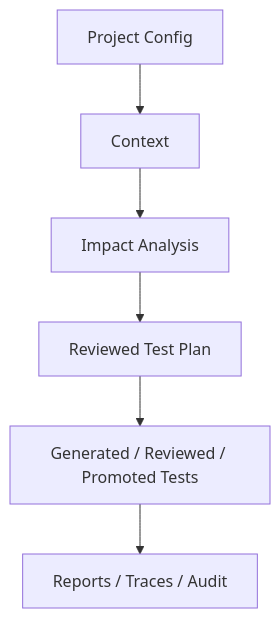
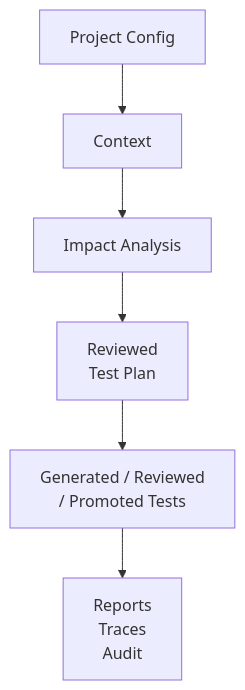
One commit to Qin-BL/quality-platform changed the sixth of 6 diagrams in docs/qa/architecture.md. Above: the diagram before and after it, drawn with Mermaid. The commit also changed other lines of this file and 2 other files, not shown here.

Commit message:
Improve diagram readability

```diff
--- a/docs/qa/architecture.md
+++ b/docs/qa/architecture.md
@@ -182,8 +182,8 @@
 ::: mermaid
 graph TD
     C1["Project Config"] --> C2["Context"]
     C2 --> C3["Impact Analysis"]
-    C3 --> C4["Reviewed Test Plan"]
-    C4 --> C5["Generated / Reviewed / Promoted Tests"]
-    C5 --> C6["Reports / Traces / Audit"]
+    C3 --> C4["Reviewed<br/>Test Plan"]
+    C4 --> C5["Generated / Reviewed<br/>/ Promoted Tests"]
+    C5 --> C6["Reports<br/>Traces<br/>Audit"]
 :::
```
